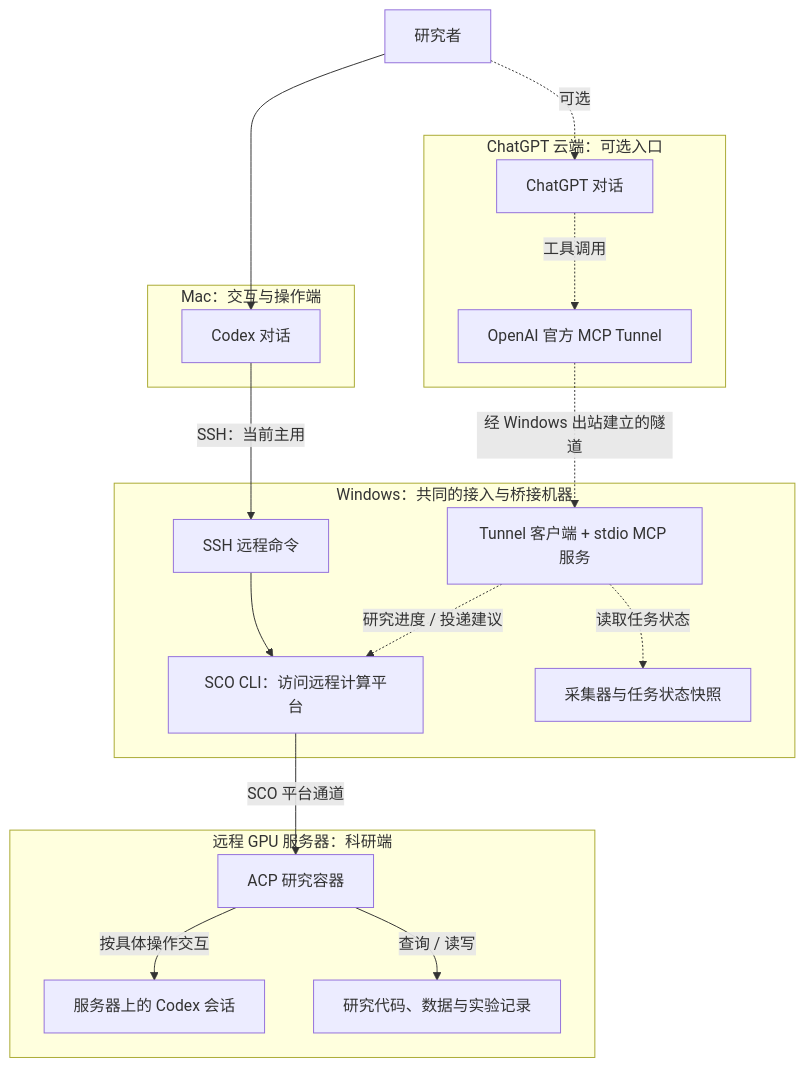
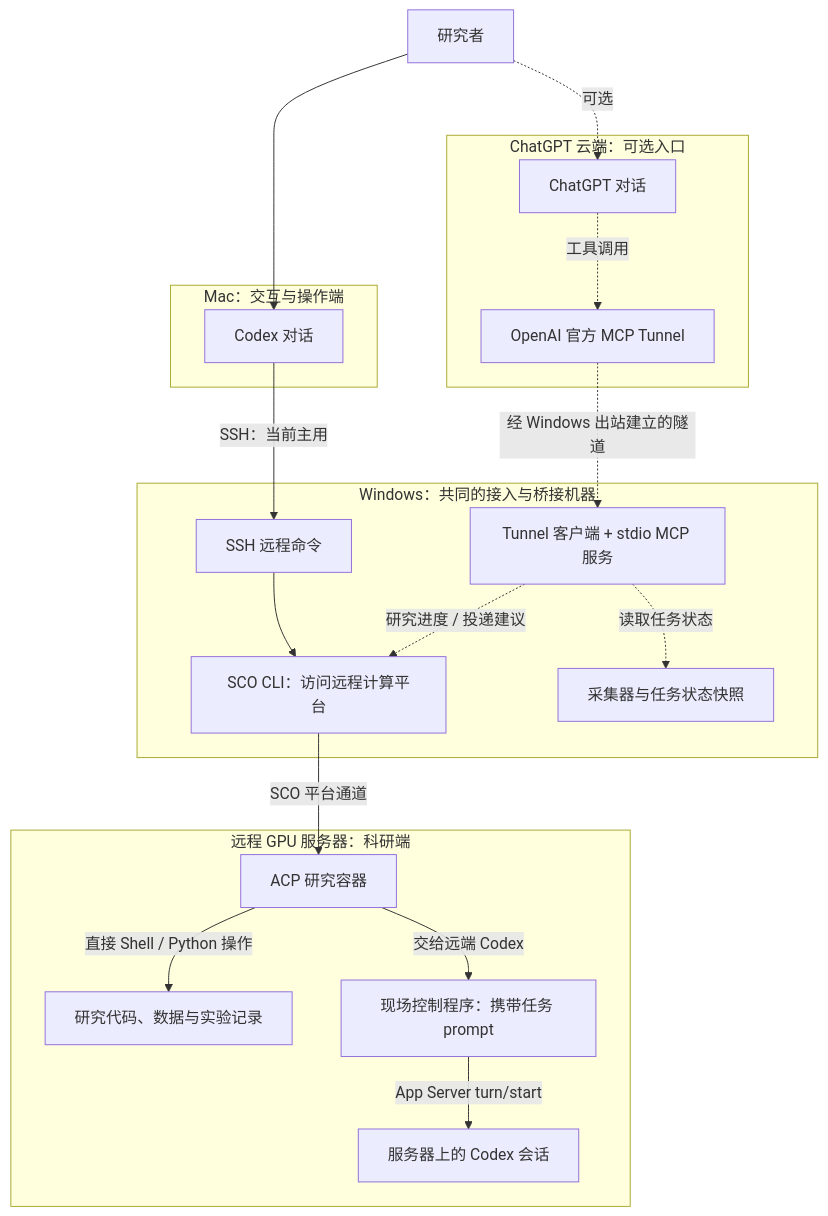
One commit to Jeffyaoliang/autoresearch-lab changed the diagram in README.md. Above: the diagram before and after it, drawn with Mermaid. The commit also changed other lines of this file and 1 other file, not shown here.

````diff
--- a/README.md
+++ b/README.md
@@ -19,41 +30,43 @@
 ```mermaid
 flowchart TB
     researcher["研究者"]
 
     subgraph mac["Mac：交互与操作端"]
         macCodex["Codex 对话"]
     end
 
     subgraph cloud["ChatGPT 云端：可选入口"]
         chatgpt["ChatGPT 对话"]
         officialTunnel["OpenAI 官方 MCP Tunnel"]
         chatgpt -. "工具调用" .-> officialTunnel
     end
 
     subgraph windows["Windows：共同的接入与桥接机器"]
         ssh["SSH 远程命令"]
         mcp["Tunnel 客户端 + stdio MCP 服务"]
         sco["SCO CLI：访问远程计算平台"]
         snapshot["采集器与任务状态快照"]
 
         ssh --> sco
         mcp -. "研究进度 / 投递建议" .-> sco
         mcp -. "读取任务状态" .-> snapshot
     end
 
     subgraph research_server["远程 GPU 服务器：科研端"]
         container["ACP 研究容器"]
         serverCodex["服务器上的 Codex 会话"]
         workspace["研究代码、数据与实验记录"]
 
-        container -->|"按具体操作交互"| serverCodex
-        container -->|"查询 / 读写"| workspace
+        control["现场控制程序：携带任务 prompt"]
+        container -->|"交给远端 Codex"| control
+        control -->|"App Server turn/start"| serverCodex
+        container -->|"直接 Shell / Python 操作"| workspace
     end
 
     researcher --> macCodex
     macCodex -->|"SSH：当前主用"| ssh
     sco -->|"SCO 平台通道"| container
 
     researcher -. "可选" .-> chatgpt
     officialTunnel -. "经 Windows 出站建立的隧道" .-> mcp
 ```
````
